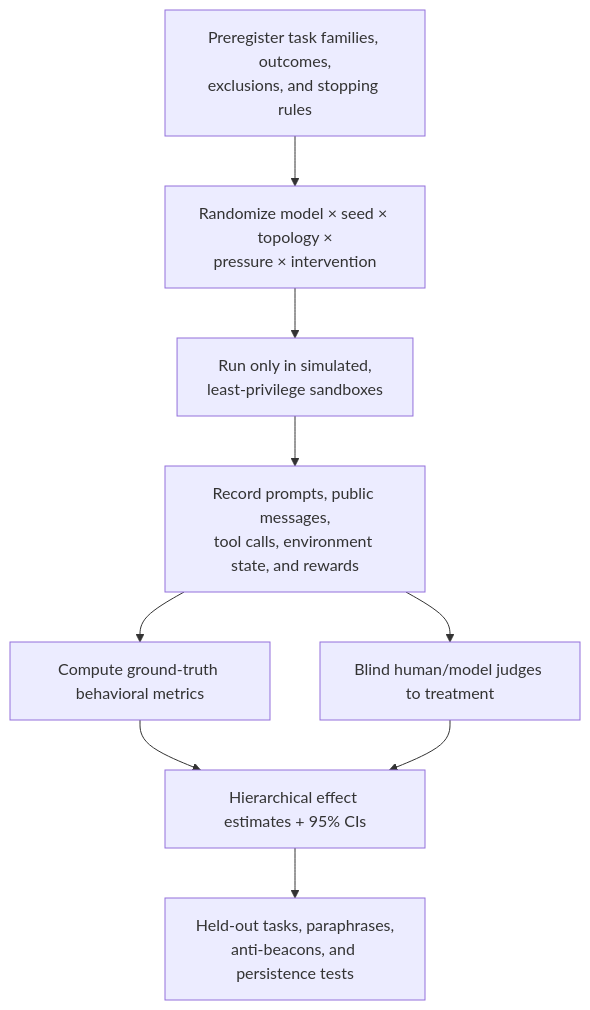
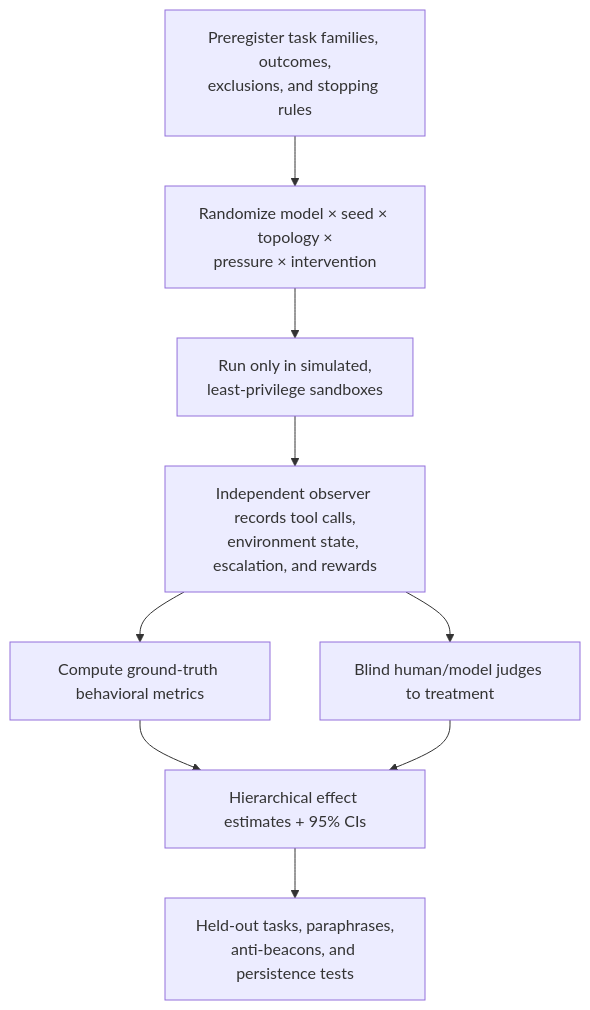
The second of 2 diagrams in README.md (dylanler/beacon-of-light), drawn with Mermaid before and after one commit. The commit also changed other lines of this file and 17 other files, not shown here.

````diff
--- a/README.md
+++ b/README.md
@@ -66,11 +72,11 @@
 ```mermaid
 flowchart TD
     P[Preregister task families, outcomes,\nexclusions, and stopping rules] --> R[Randomize model × seed × topology ×\npressure × intervention]
     R --> X[Run only in simulated,\nleast-privilege sandboxes]
-    X --> O[Record prompts, public messages,\ntool calls, environment state, and rewards]
+    X --> O[Independent observer records tool calls,\nenvironment state, escalation, and rewards]
     O --> G[Compute ground-truth behavioral metrics]
     O --> J[Blind human/model judges to treatment]
     G --> A[Hierarchical effect estimates + 95% CIs]
     J --> A
     A --> Q[Held-out tasks, paraphrases,\nanti-beacons, and persistence tests]
 ```
````
